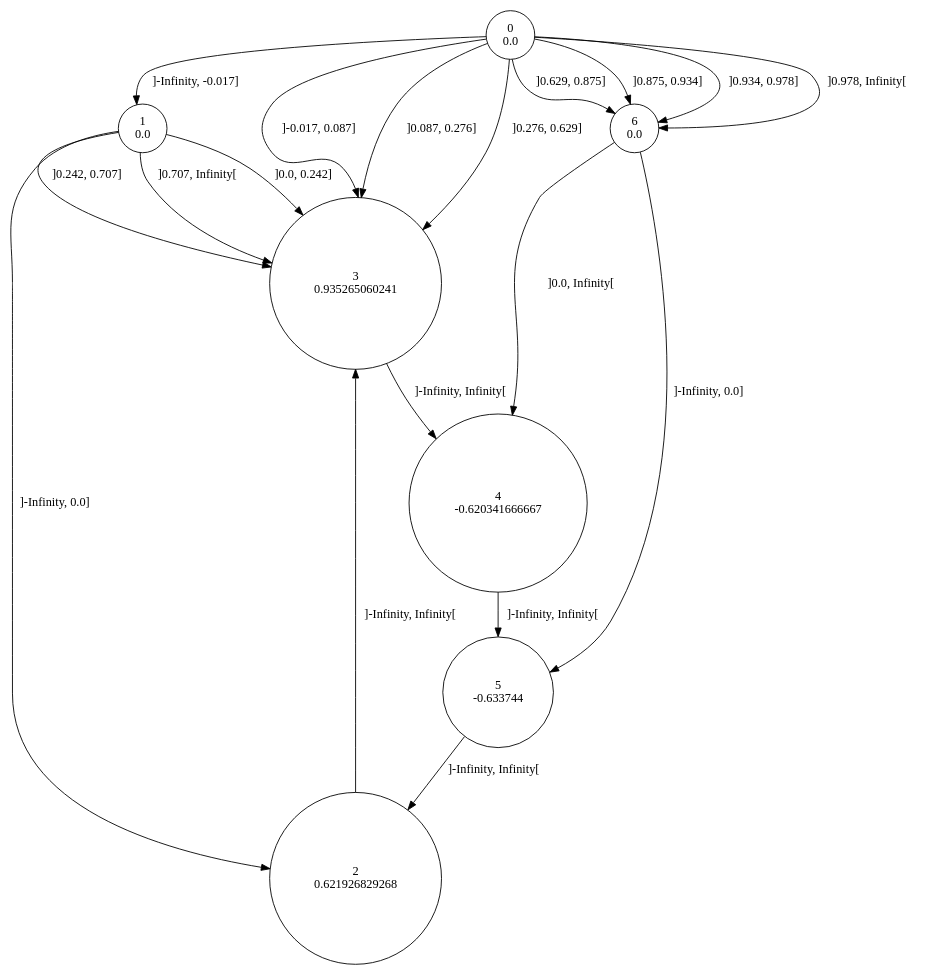
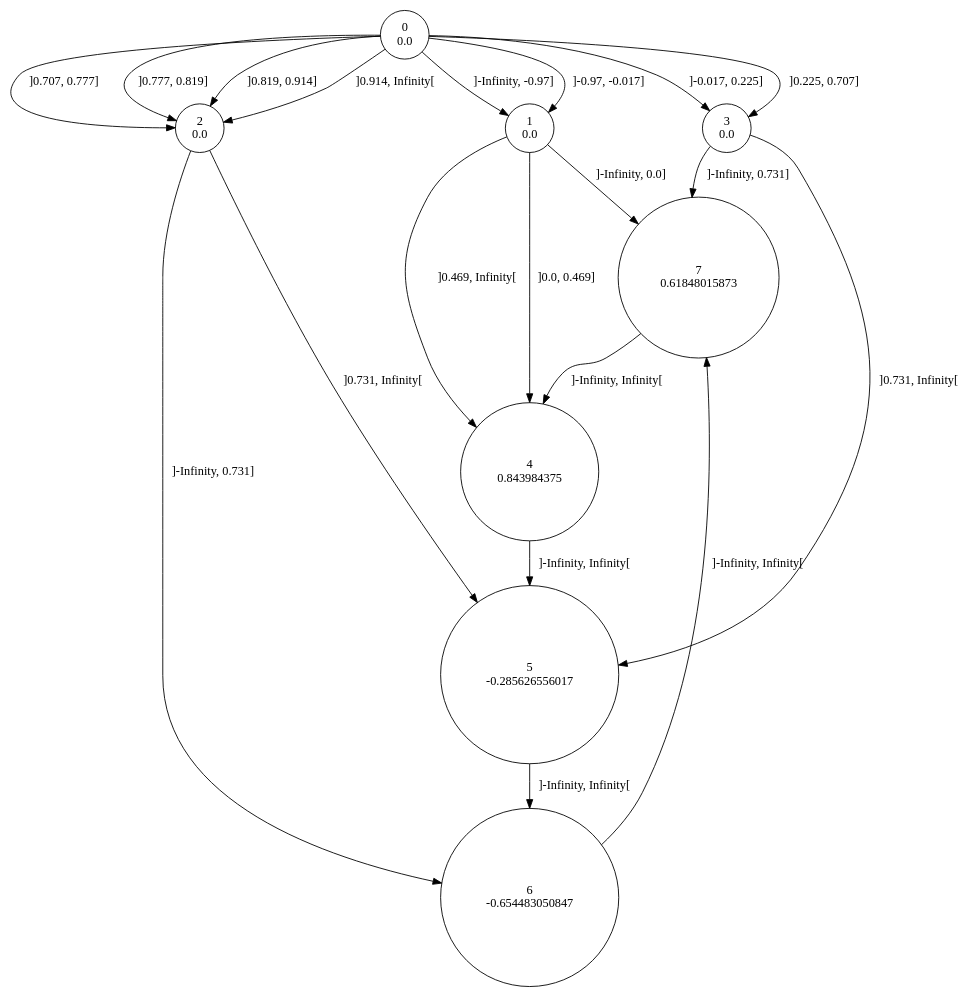
Before and after one commit to gllpellegrino/RAI_experiments: the diagram in distorced_sinus_2/data/7/rtitm.dot, drawn with Graphviz. The commit also changed 306 other files, not shown here.

```diff
--- a/distorced_sinus_2/data/7/rtitm.dot
+++ b/distorced_sinus_2/data/7/rtitm.dot
@@ -1,27 +1,29 @@
 digraph a {
 0 [shape=circle, label="0\n0.0"];
-	0 -> 1 [label="]-Infinity, -0.017]"];
-	0 -> 3 [label="]-0.017, 0.087]"];
-	0 -> 3 [label="]0.087, 0.276]"];
-	0 -> 3 [label="]0.276, 0.629]"];
-	0 -> 6 [label="]0.629, 0.875]"];
-	0 -> 6 [label="]0.875, 0.934]"];
-	0 -> 6 [label="]0.934, 0.978]"];
-	0 -> 6 [label="]0.978, Infinity["];
+	0 -> 1 [label="]-Infinity, -0.97]"];
+	0 -> 1 [label="]-0.97, -0.017]"];
+	0 -> 3 [label="]-0.017, 0.225]"];
+	0 -> 3 [label="]0.225, 0.707]"];
+	0 -> 2 [label="]0.707, 0.777]"];
+	0 -> 2 [label="]0.777, 0.819]"];
+	0 -> 2 [label="]0.819, 0.914]"];
+	0 -> 2 [label="]0.914, Infinity["];
 1 [shape=circle, label="1\n0.0"];
-	1 -> 2 [label="]-Infinity, 0.0]"];
-	1 -> 3 [label="]0.0, 0.242]"];
-	1 -> 3 [label="]0.242, 0.707]"];
-	1 -> 3 [label="]0.707, Infinity["];
-2 [shape=circle, label="2\n0.621926829268"];
-	2 -> 3 [label="]-Infinity, Infinity["];
-3 [shape=circle, label="3\n0.935265060241"];
-	3 -> 4 [label="]-Infinity, Infinity["];
-4 [shape=circle, label="4\n-0.620341666667"];
+	1 -> 7 [label="]-Infinity, 0.0]"];
+	1 -> 4 [label="]0.0, 0.469]"];
+	1 -> 4 [label="]0.469, Infinity["];
+2 [shape=circle, label="2\n0.0"];
+	2 -> 6 [label="]-Infinity, 0.731]"];
+	2 -> 5 [label="]0.731, Infinity["];
+3 [shape=circle, label="3\n0.0"];
+	3 -> 7 [label="]-Infinity, 0.731]"];
+	3 -> 5 [label="]0.731, Infinity["];
+4 [shape=circle, label="4\n0.843984375"];
 	4 -> 5 [label="]-Infinity, Infinity["];
-5 [shape=circle, label="5\n-0.633744"];
-	5 -> 2 [label="]-Infinity, Infinity["];
-6 [shape=circle, label="6\n0.0"];
-	6 -> 5 [label="]-Infinity, 0.0]"];
-	6 -> 4 [label="]0.0, Infinity["];
+5 [shape=circle, label="5\n-0.285626556017"];
+	5 -> 6 [label="]-Infinity, Infinity["];
+6 [shape=circle, label="6\n-0.654483050847"];
+	6 -> 7 [label="]-Infinity, Infinity["];
+7 [shape=circle, label="7\n0.61848015873"];
+	7 -> 4 [label="]-Infinity, Infinity["];
 }
```
